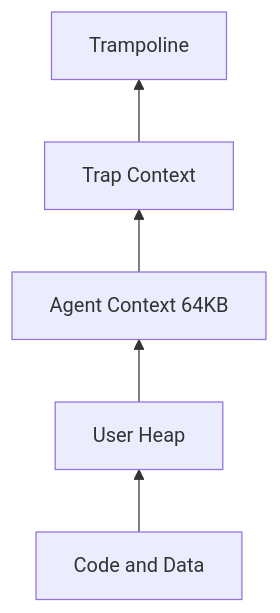
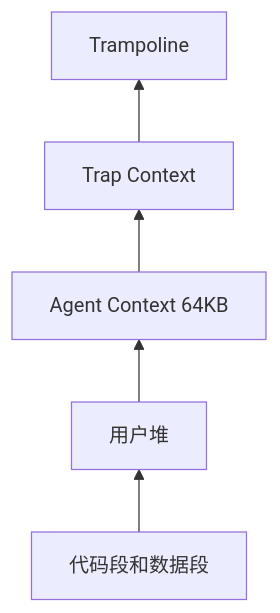
The second of 4 diagrams in Docs/design.md (ywtshuai/AgentOS), drawn with Mermaid before and after one commit. The commit also changed other lines of this file and 2 other files, not shown here.

````diff
--- a/Docs/design.md
+++ b/Docs/design.md
@@ -49,7 +49,7 @@
 ```mermaid
 flowchart BT
-    Code[Code and Data] --> Heap[User Heap]
+    Code[代码段和数据段] --> Heap[用户堆]
     Heap --> Agent[Agent Context 64KB]
     Agent --> Trap[Trap Context]
     Trap --> Trampoline[Trampoline]
 ```
````
